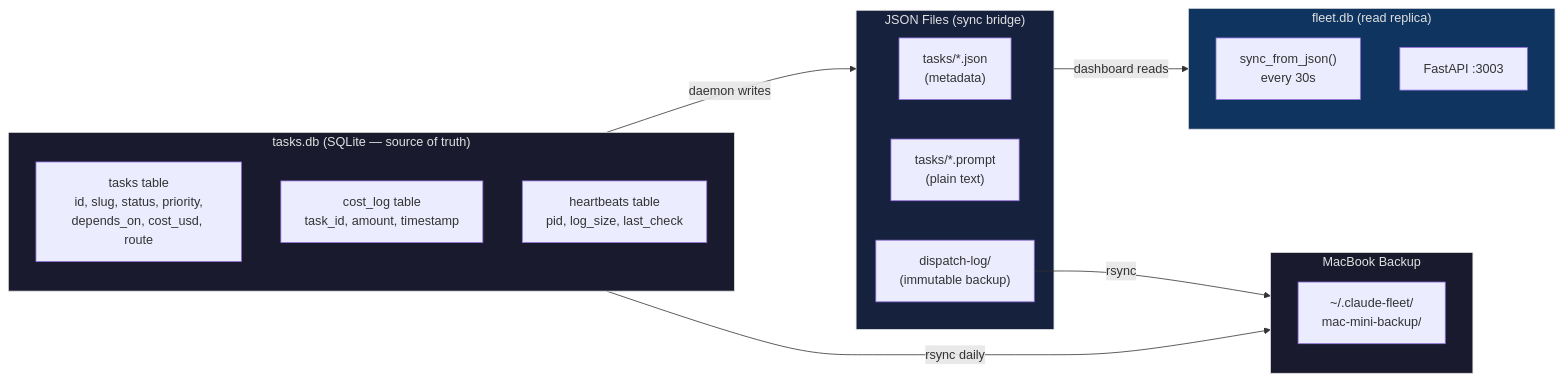
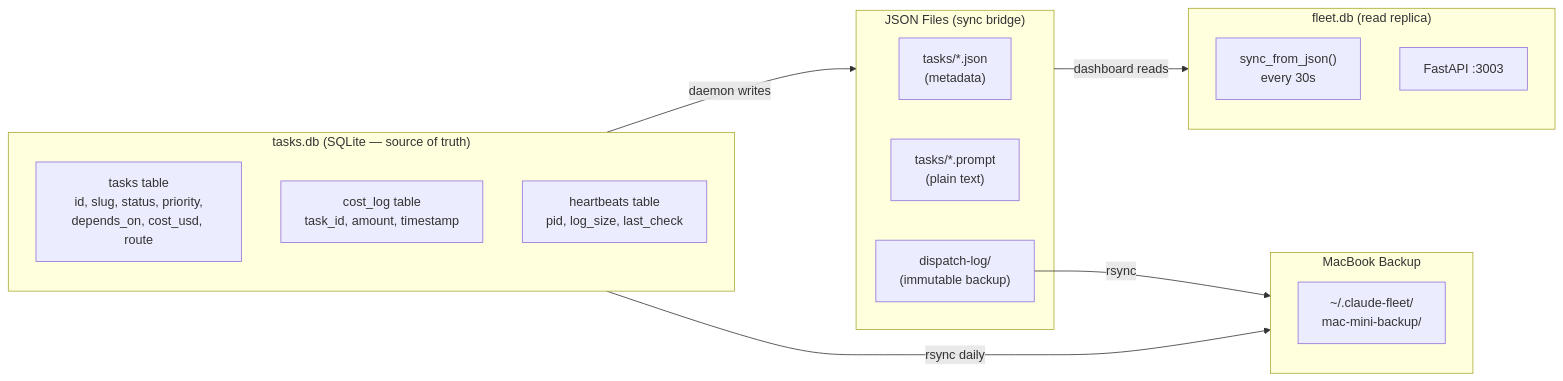
One commit to doyun-gu/claude-handler changed the third of 9 diagrams in docs/ARCHITECTURE.md. Above: the diagram before and after it, drawn with Mermaid. The commit also changed other lines of this file, not shown here.

First line of the commit message:
Remove custom dark colors from mermaid diagrams

````diff
--- a/docs/ARCHITECTURE.md
+++ b/docs/ARCHITECTURE.md
@@ -105,33 +102,29 @@
 ```mermaid
 flowchart LR
     subgraph Primary["tasks.db (SQLite — source of truth)"]
         Tasks["tasks table\nid, slug, status, priority,\ndepends_on, cost_usd, route"]
         Cost["cost_log table\ntask_id, amount, timestamp"]
         HB["heartbeats table\npid, log_size, last_check"]
     end
 
     subgraph JSON["JSON Files (sync bridge)"]
         Manifest["tasks/*.json\n(metadata)"]
         Prompt["tasks/*.prompt\n(plain text)"]
         DispLog["dispatch-log/\n(immutable backup)"]
     end
 
     subgraph Dashboard["fleet.db (read replica)"]
         DashDB["sync_from_json()\nevery 30s"]
         API["FastAPI :3003"]
     end
 
     subgraph Backup["MacBook Backup"]
         BK["~/.claude-fleet/\nmac-mini-backup/"]
     end
 
     Primary -->|"daemon writes"| JSON
     JSON -->|"dashboard reads"| Dashboard
     Primary -->|"rsync daily"| Backup
     DispLog -->|"rsync"| Backup
 
-    style Primary fill:#1a1a2e,stroke:#e0e0e0,color:#e0e0e0
-    style JSON fill:#16213e,stroke:#e0e0e0,color:#e0e0e0
-    style Dashboard fill:#0f3460,stroke:#e0e0e0,color:#e0e0e0
-    style Backup fill:#1a1a2e,stroke:#e0e0e0,color:#e0e0e0
 ```
````
